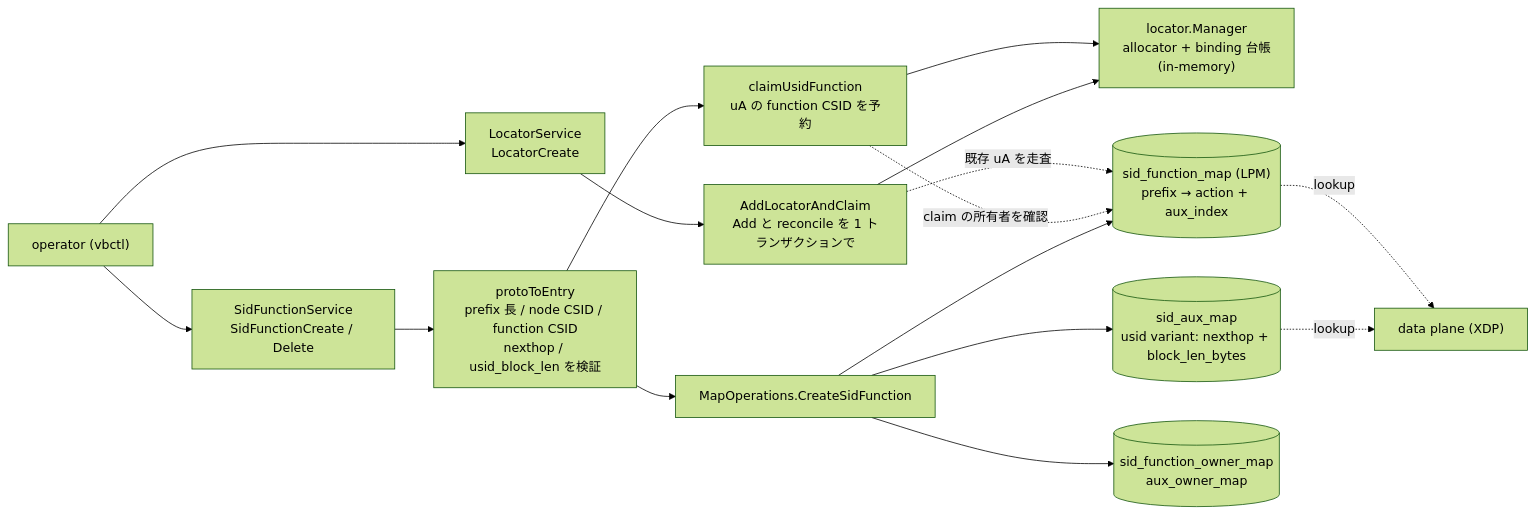
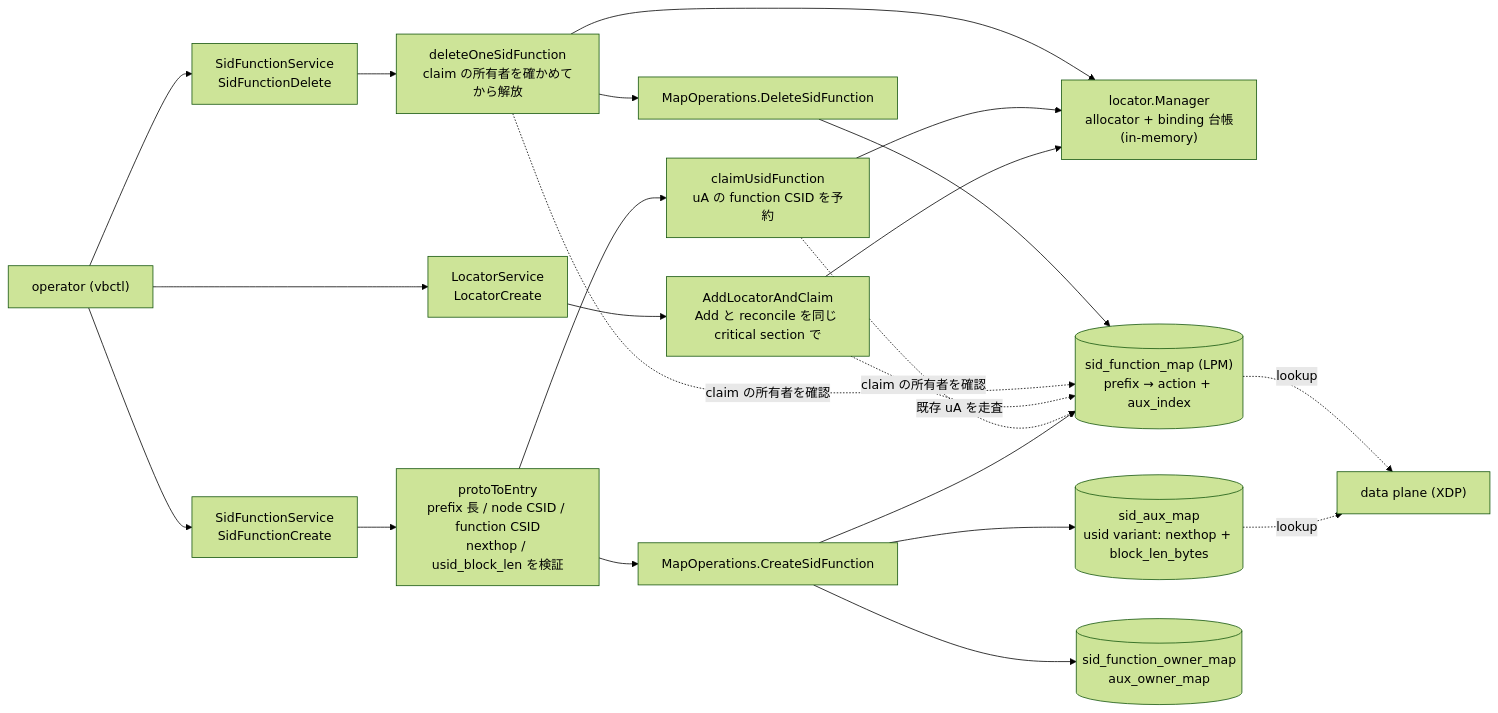
One commit to takehaya/Vinbero changed the second of 2 diagrams in docs/design/ja/usid.md. Above: the diagram before and after it, drawn with Mermaid (forest theme). The commit also changed other lines of this file, not shown here.

First line of the commit message:
docs(usid): correct the points a codex review found in the diagrams and prose

````diff
--- a/docs/design/ja/usid.md
+++ b/docs/design/ja/usid.md
@@ -160,23 +161,30 @@
 ```mermaid
 flowchart LR
-    OP["operator (vbctl)"] --> RPC1["SidFunctionService<br/>SidFunctionCreate / Delete"]
+    OP["operator (vbctl)"] --> RPC1["SidFunctionService<br/>SidFunctionCreate"]
+    OP --> RPCD["SidFunctionService<br/>SidFunctionDelete"]
     OP --> RPC2["LocatorService<br/>LocatorCreate"]
 
     RPC1 --> VAL["protoToEntry<br/>prefix 長 / node CSID / function CSID<br/>nexthop / usid_block_len を検証"]
     VAL --> CLAIM["claimUsidFunction<br/>uA の function CSID を予約"]
     VAL --> PUT["MapOperations.CreateSidFunction"]
 
-    RPC2 --> ADD["AddLocatorAndClaim<br/>Add と reconcile を 1 トランザクションで"]
+    RPCD --> DEL["deleteOneSidFunction<br/>claim の所有者を確かめてから解放"]
+    DEL --> MGR
+    DEL --> DPUT["MapOperations.DeleteSidFunction"]
+    DPUT --> SFM
+    DEL -.->|"claim の所有者を確認"| SFM
+
+    RPC2 --> ADD["AddLocatorAndClaim<br/>Add と reconcile を同じ critical section で"]
 
     CLAIM --> MGR["locator.Manager<br/>allocator + binding 台帳<br/>(in-memory)"]
     ADD --> MGR
     ADD -.->|"既存 uA を走査"| SFM
     CLAIM -.->|"claim の所有者を確認"| SFM
 
     PUT --> SFM[("sid_function_map (LPM)<br/>prefix → action + aux_index")]
     PUT --> SAM[("sid_aux_map<br/>usid variant: nexthop + block_len_bytes")]
     PUT --> OWN[("sid_function_owner_map<br/>aux_owner_map")]
 
     SFM -.->|"lookup"| DP["data plane (XDP)"]
     SAM -.->|"lookup"| DP
 ```
````
